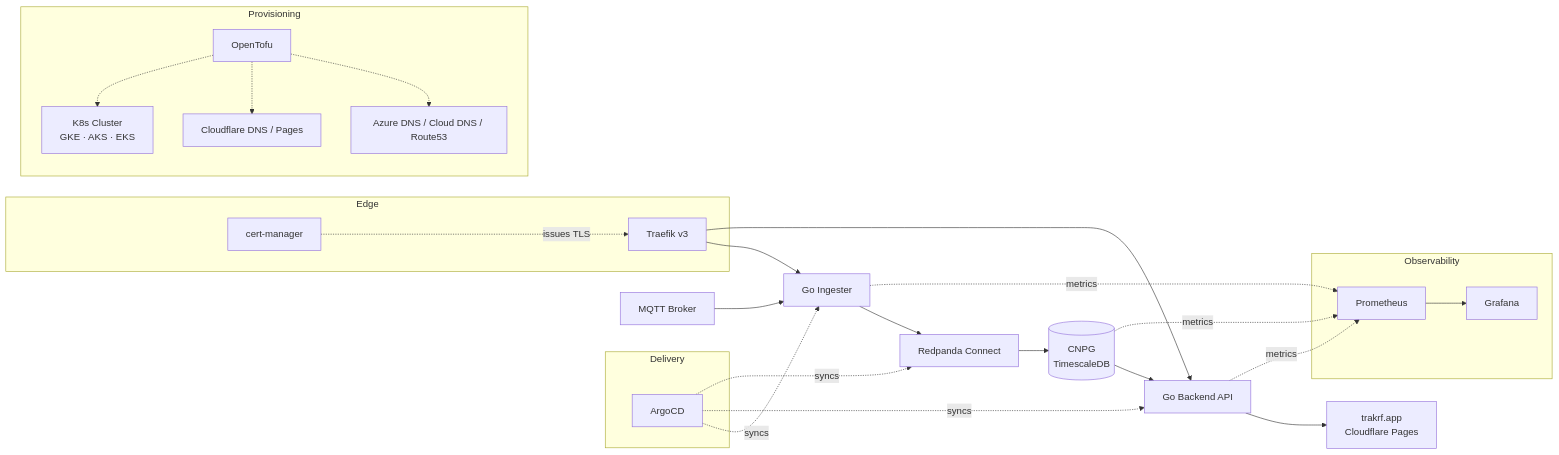
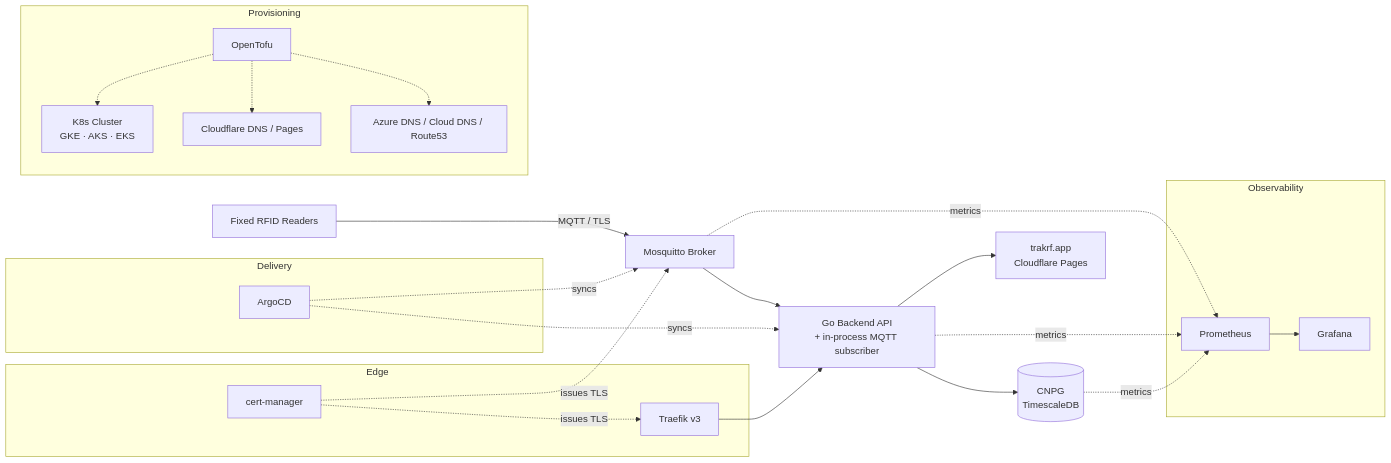
One commit to trakrf/infra changed the diagram in README.md. Above: the diagram before and after it, drawn with Mermaid. The commit also changed other lines of this file and 36 other files, not shown here.

````diff
--- a/README.md
+++ b/README.md
@@ -13,39 +13,37 @@
 ```mermaid
 graph LR
-  MQTT[MQTT Broker] --> ING[Go Ingester]
-  ING --> RPC[Redpanda Connect]
-  RPC --> DB[(CNPG<br/>TimescaleDB)]
-  DB --> API[Go Backend API]
+  RDR[Fixed RFID Readers] -->|MQTT / TLS| MQTT[Mosquitto Broker]
+  MQTT --> API[Go Backend API<br/>+ in-process MQTT subscriber]
+  API --> DB[(CNPG<br/>TimescaleDB)]
   API --> WEB[trakrf.app<br/>Cloudflare Pages]
 
   subgraph Observability
     PROM[Prometheus]
     GRAF[Grafana]
     PROM --> GRAF
   end
-  ING -.metrics.-> PROM
+  MQTT -.metrics.-> PROM
   API -.metrics.-> PROM
   DB -.metrics.-> PROM
 
   subgraph Delivery
     ARGO[ArgoCD]
   end
-  ARGO -.syncs.-> ING
+  ARGO -.syncs.-> MQTT
   ARGO -.syncs.-> API
-  ARGO -.syncs.-> RPC
 
   subgraph Edge
     TR[Traefik v3]
     CM[cert-manager]
     CM -.issues TLS.-> TR
   end
-  TR --> ING
+  CM -.issues TLS.-> MQTT
   TR --> API
 
   subgraph Provisioning
     TF[OpenTofu]
     TF -.-> K8S[K8s Cluster<br/>GKE · AKS · EKS]
     TF -.-> CF[Cloudflare DNS / Pages]
     TF -.-> CDNS[Azure DNS / Cloud DNS / Route53]
   end
 ```
````
